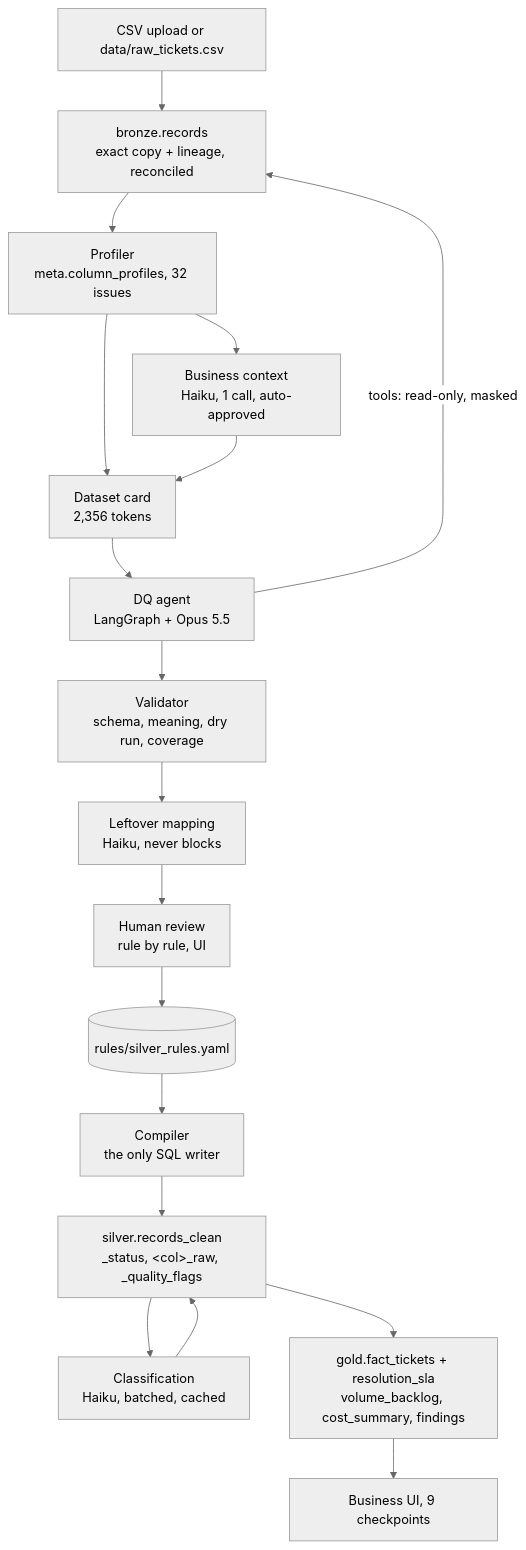
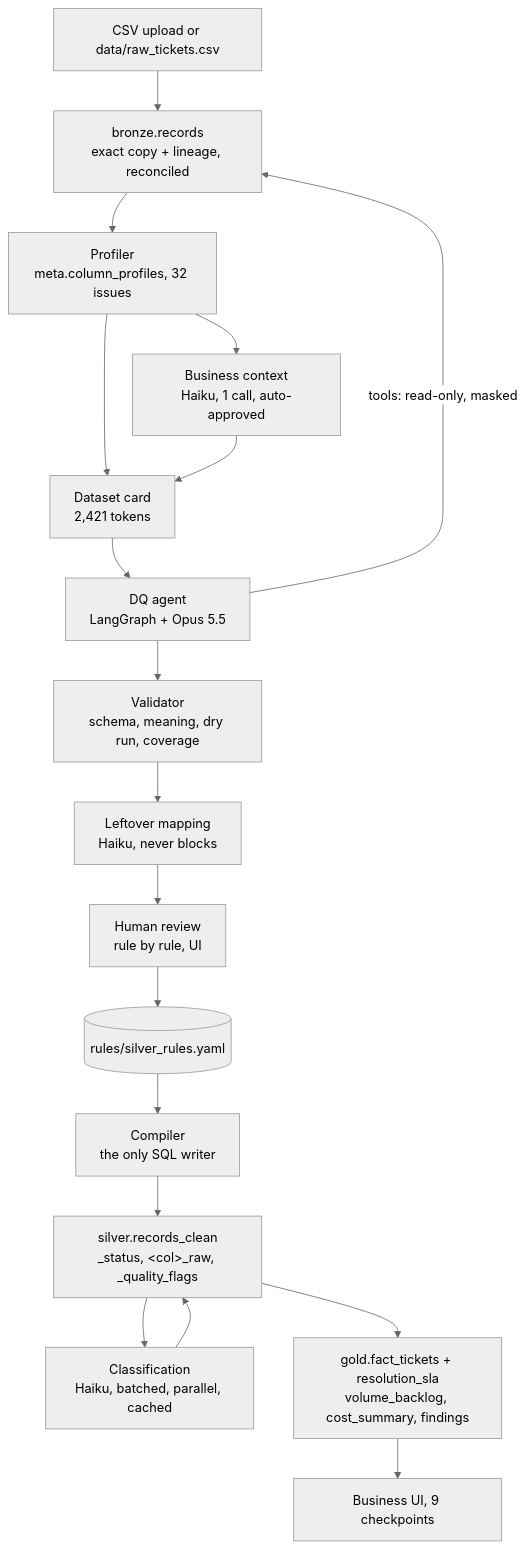
Before and after one commit to naveen-singh-rathore/Data-Medallion: the first of 2 diagrams in README.md, drawn with Mermaid (neutral theme). The commit also changed other lines of this file and 3 other files, not shown here.

````diff
--- a/README.md
+++ b/README.md
@@ -45,20 +48,20 @@
 ```mermaid
 flowchart TD
     CSV[CSV upload or data/raw_tickets.csv] --> B[bronze.records<br/>exact copy + lineage, reconciled]
     B --> P[Profiler<br/>meta.column_profiles, 32 issues]
     P --> CTX[Business context<br/>Haiku, 1 call, auto-approved]
-    P --> CARD[Dataset card<br/>2,356 tokens]
+    P --> CARD[Dataset card<br/>2,421 tokens]
     CTX --> CARD
     CARD --> AG[DQ agent<br/>LangGraph + Opus 5.5]
     AG -->|tools: read-only, masked| B
     AG --> VAL[Validator<br/>schema, meaning, dry run, coverage]
     VAL --> ML[Leftover mapping<br/>Haiku, never blocks]
     ML --> REV[Human review<br/>rule by rule, UI]
     REV --> RULES[(rules/silver_rules.yaml)]
     RULES --> COMP[Compiler<br/>the only SQL writer]
     COMP --> S[silver.records_clean<br/>_status, &lt;col&gt;_raw, _quality_flags]
-    S --> CLS[Classification<br/>Haiku, batched, cached]
+    S --> CLS[Classification<br/>Haiku, batched, parallel, cached]
     CLS --> S
     S --> G[gold.fact_tickets + resolution_sla<br/>volume_backlog, cost_summary, findings]
     G --> UI[Business UI, 9 checkpoints]
 ```
````
